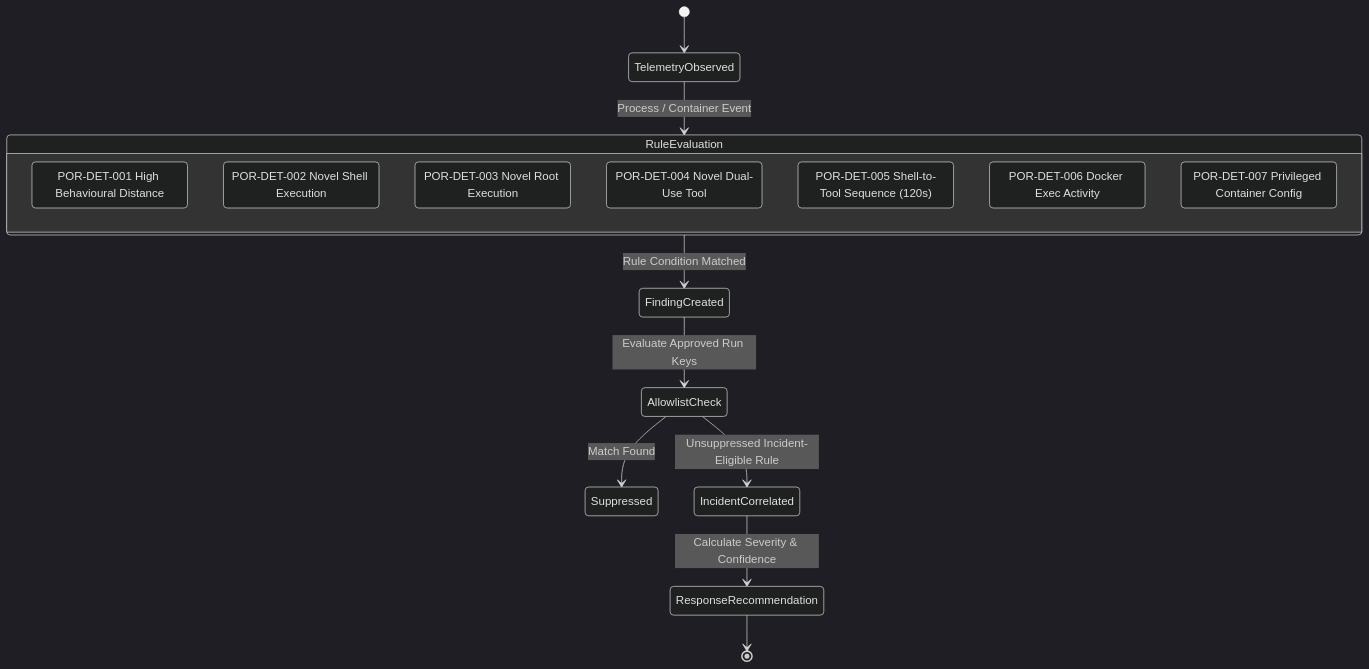
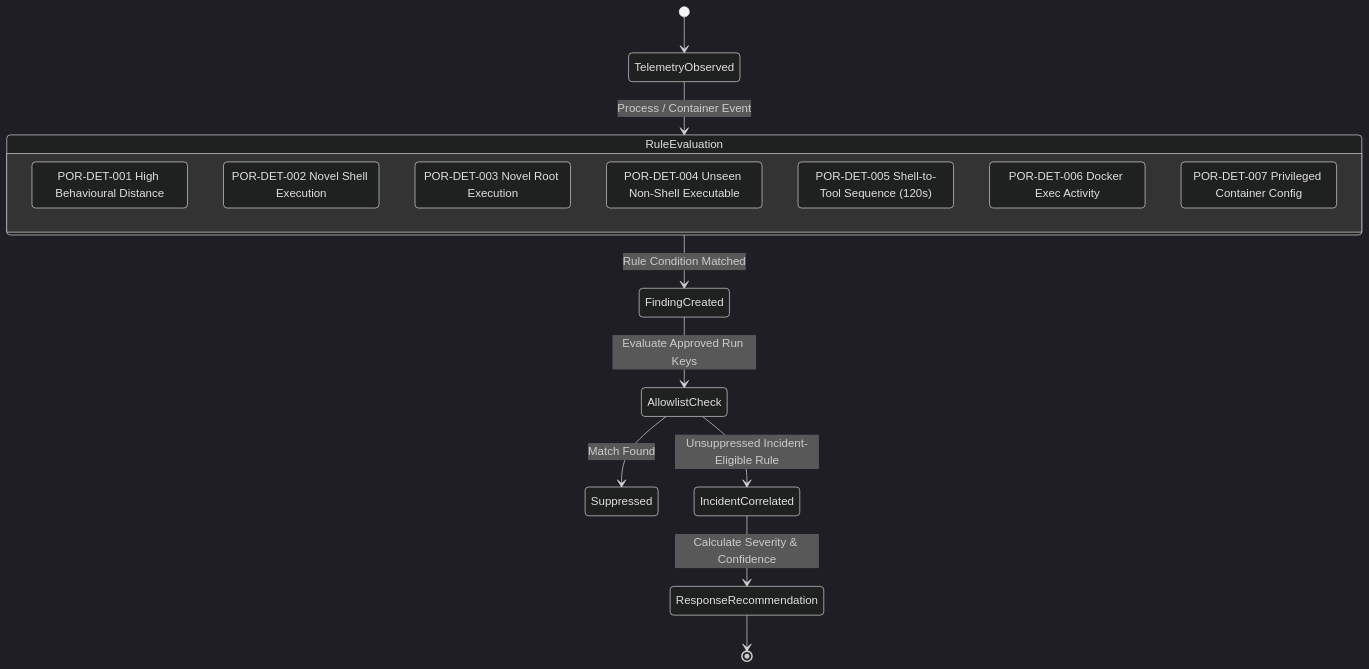
One commit to Anurup-R-Krishnan/Porygon changed the fourth of 6 diagrams in README.md. Above: the diagram before and after it, drawn with Mermaid (dark theme). The commit also changed other lines of this file and 20 other files, not shown here.

````diff
--- a/README.md
+++ b/README.md
@@ -282,22 +293,22 @@
 ```mermaid
 stateDiagram-v2
     [*] --> TelemetryObserved
     TelemetryObserved --> RuleEvaluation: Process / Container Event
     
     state RuleEvaluation {
         POR_001: POR-DET-001 High Behavioural Distance
         POR_002: POR-DET-002 Novel Shell Execution
         POR_003: POR-DET-003 Novel Root Execution
-        POR_004: POR-DET-004 Novel Dual-Use Tool
+        POR_004: POR-DET-004 Unseen Non-Shell Executable
         POR_005: POR-DET-005 Shell-to-Tool Sequence (120s)
         POR_006: POR-DET-006 Docker Exec Activity
         POR_007: POR-DET-007 Privileged Container Config
     }
 
     RuleEvaluation --> FindingCreated: Rule Condition Matched
     FindingCreated --> AllowlistCheck: Evaluate Approved Run Keys
     AllowlistCheck --> Suppressed: Match Found
     AllowlistCheck --> IncidentCorrelated: Unsuppressed Incident-Eligible Rule
     IncidentCorrelated --> ResponseRecommendation: Calculate Severity & Confidence
     ResponseRecommendation --> [*]
 ```
````
